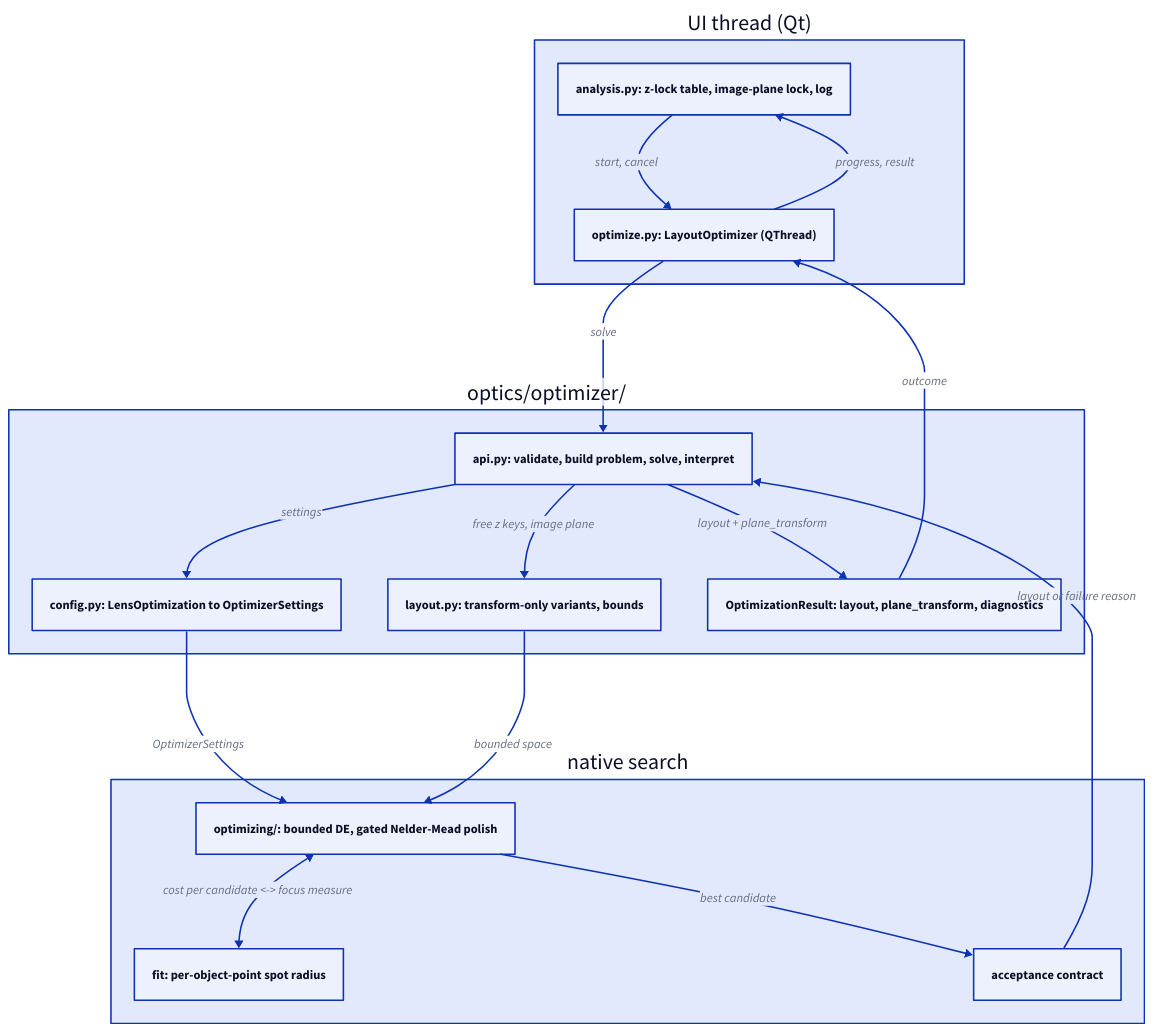
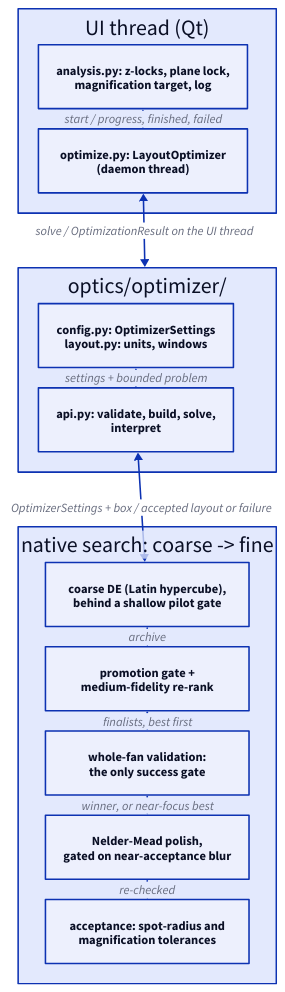
One commit to propane865/OpticsSimulator changed the diagram in docs/diagrams/optimization-loop.d2. Above: the diagram before and after it, drawn with D2. The commit also changed 16 other files, not shown here.

Commit message:
docs: update diagrams and architecture

```diff
--- a/docs/diagrams/optimization-loop.d2
+++ b/docs/diagrams/optimization-loop.d2
@@ -1,35 +1,38 @@
-direction: down
+grid-rows: 3
+grid-gap: 70
 
 ui: "UI thread (Qt)" {
-  ed: "analysis.py: z-lock table, image-plane lock, log"
-  work: "optimize.py: LayoutOptimizer (QThread)"
+  grid-rows: 2
+  grid-gap: 26
+  ed: "analysis.py: z-locks, plane lock,\nmagnification target, log"
+  work: "optimize.py: LayoutOptimizer\n(daemon thread)"
 
-  work -> ed: "progress, result"
+  ed <-> work: "start  /  progress, finished, failed"
 }
 
 py: "optics/optimizer/" {
-  api: "api.py: validate, build problem, solve, interpret"
-  cfg: "config.py: LensOptimization to OptimizerSettings"
-  layout: "layout.py: transform-only variants, bounds"
-  res: "OptimizationResult: layout, plane_transform, diagnostics"
+  grid-rows: 2
+  grid-gap: 26
+  build: "config.py: OptimizerSettings\nlayout.py: units, windows"
+  api: "api.py: validate, build, solve,\ninterpret"
 
-  api -> cfg: settings
-  api -> layout: "free z keys, image plane"
-  api -> res: "layout + plane_transform"
+  api -> build: "settings + bounded problem"
 }
 
-nat: "native search" {
-  search: "optimizing/: bounded DE, gated Nelder-Mead polish"
-  fit: "fit: per-object-point spot radius"
-  acc: "acceptance contract"
+nat: "native search: coarse -> fine" {
+  grid-rows: 5
+  grid-gap: 26
+  coarse: "coarse DE (Latin hypercube),\nbehind a shallow pilot gate"
+  med: "promotion gate +\nmedium-fidelity re-rank"
+  val: "whole-fan validation:\nthe only success gate"
+  polish: "Nelder-Mead polish,\ngated on near-acceptance blur"
+  acc: "acceptance: spot-radius and\nmagnification tolerances"
 
-  search <-> fit: "cost per candidate <-> focus measure"
-  search -> acc: best candidate
+  coarse -> med: "archive"
+  med -> val: "finalists, best first"
+  val -> polish: "winner, or near-focus best"
+  polish -> acc: "re-checked"
 }
 
-ui.ed -> ui.work: "start, cancel"
-ui.work -> py.api: solve
-py.cfg -> nat.search: OptimizerSettings
-py.layout -> nat.search: "bounded space"
-nat.acc -> py.api: "layout or failure reason"
-py.res -> ui.work: outcome
+ui.work <-> py: "solve  /  OptimizationResult on the UI thread"
+py.api <-> nat.coarse: "OptimizerSettings + box  /  accepted layout or failure"
```
